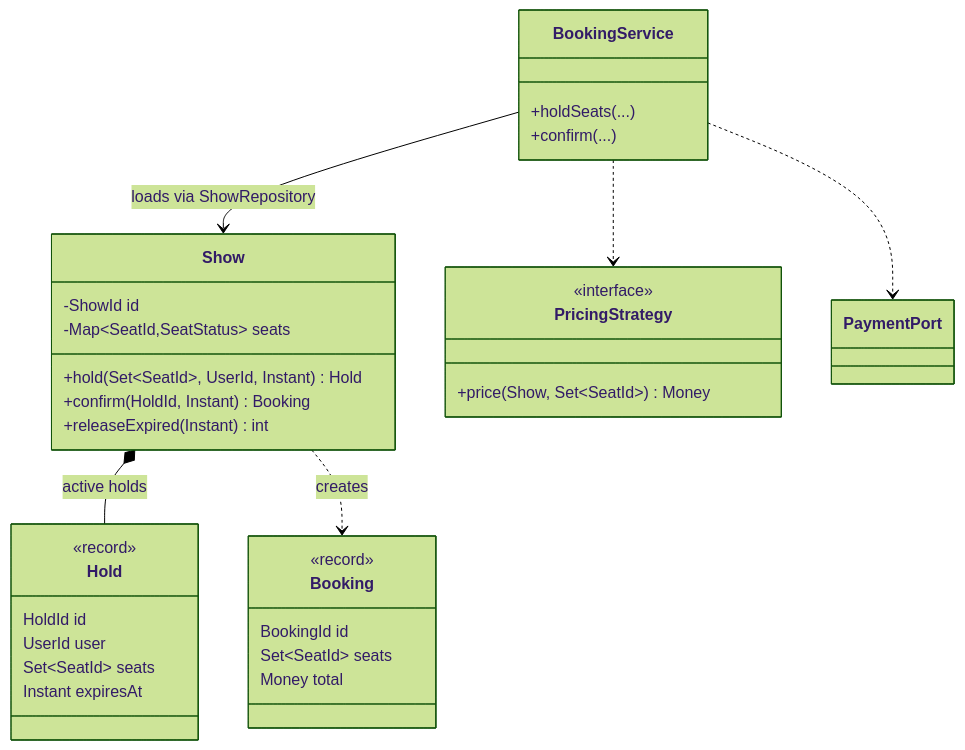
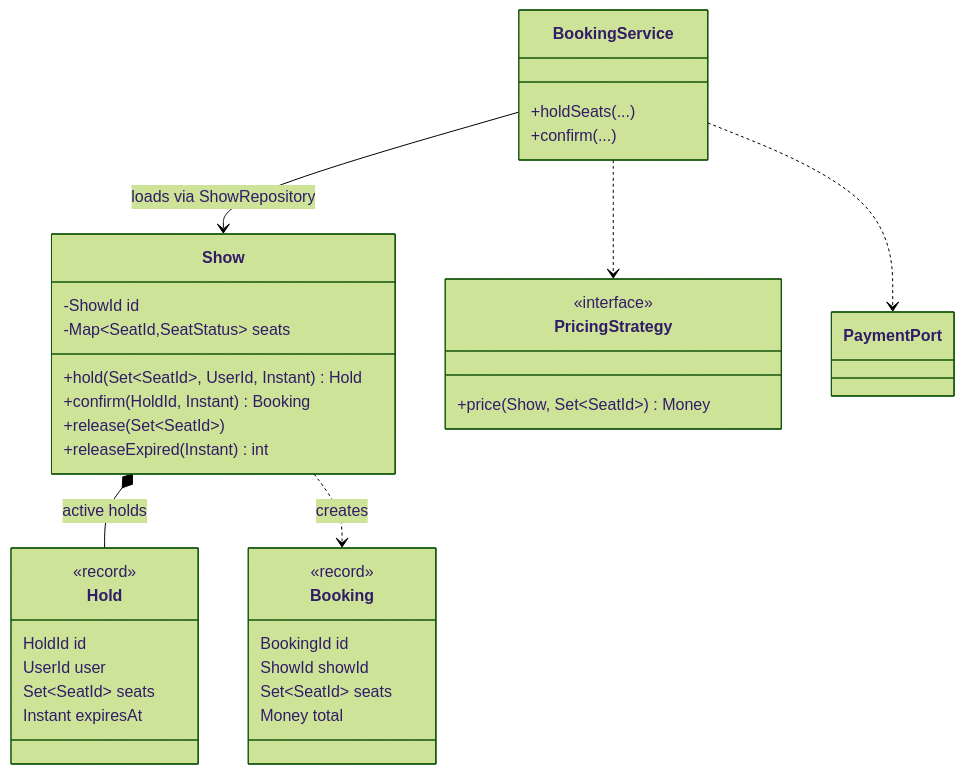
One commit to vishalhulawale/knowledge-base changed the second of 2 diagrams in docs/lld-design-patterns/06-lld-approach-requirements-entities-relationships-apis.md. Above: the diagram before and after it, drawn with Mermaid (forest theme). The commit also changed other lines of this file and 30 other files, not shown here.

````diff
--- a/docs/lld-design-patterns/06-lld-approach-requirements-entities-relationships-apis.md
+++ b/docs/lld-design-patterns/06-lld-approach-requirements-entities-relationships-apis.md
@@ -114,36 +114,38 @@
 ```mermaid
 classDiagram
     class Show {
         -ShowId id
         -Map~SeatId,SeatStatus~ seats
         +hold(Set~SeatId~, UserId, Instant) Hold
         +confirm(HoldId, Instant) Booking
+        +release(Set~SeatId~)
         +releaseExpired(Instant) int
     }
     class Hold {
         <<record>>
         HoldId id
         UserId user
         Set~SeatId~ seats
         Instant expiresAt
     }
     class Booking {
         <<record>>
         BookingId id
+        ShowId showId
         Set~SeatId~ seats
         Money total
     }
     class PricingStrategy {
         <<interface>>
         +price(Show, Set~SeatId~) Money
     }
     class BookingService {
         +holdSeats(...)
         +confirm(...)
     }
     BookingService --> Show : loads via ShowRepository
     BookingService ..> PricingStrategy
     BookingService ..> PaymentPort
     Show *-- Hold : active holds
     Show ..> Booking : creates
 ```
````
